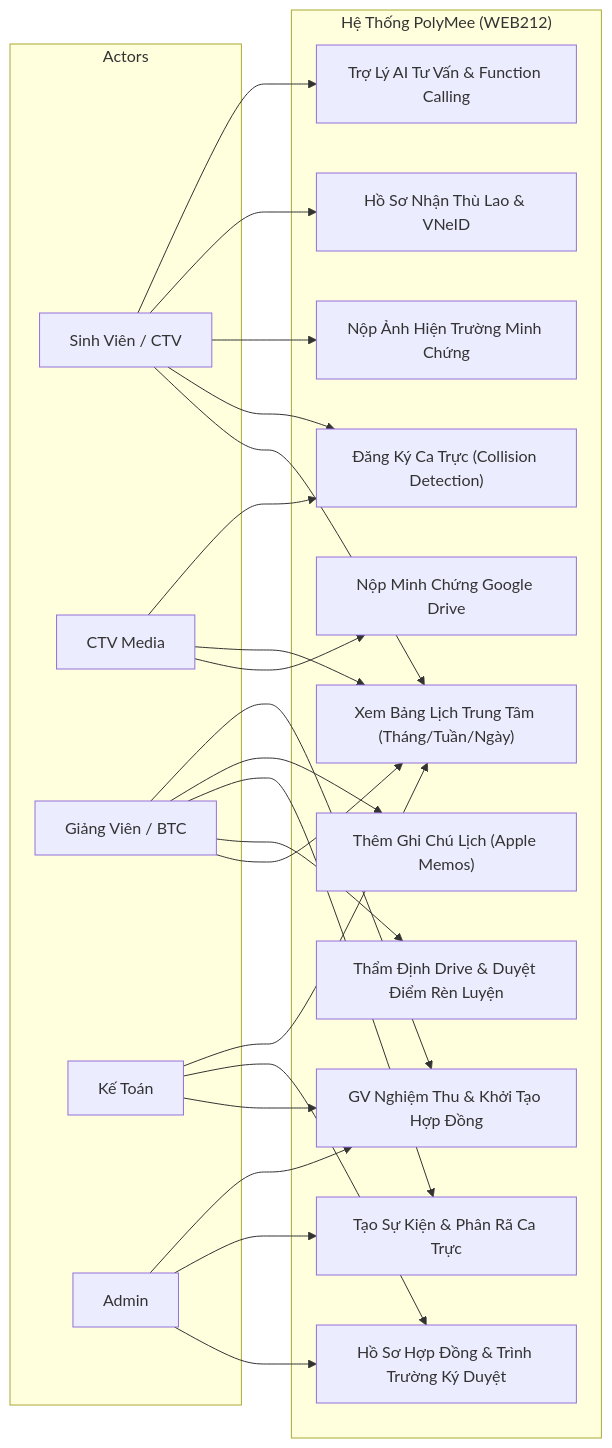
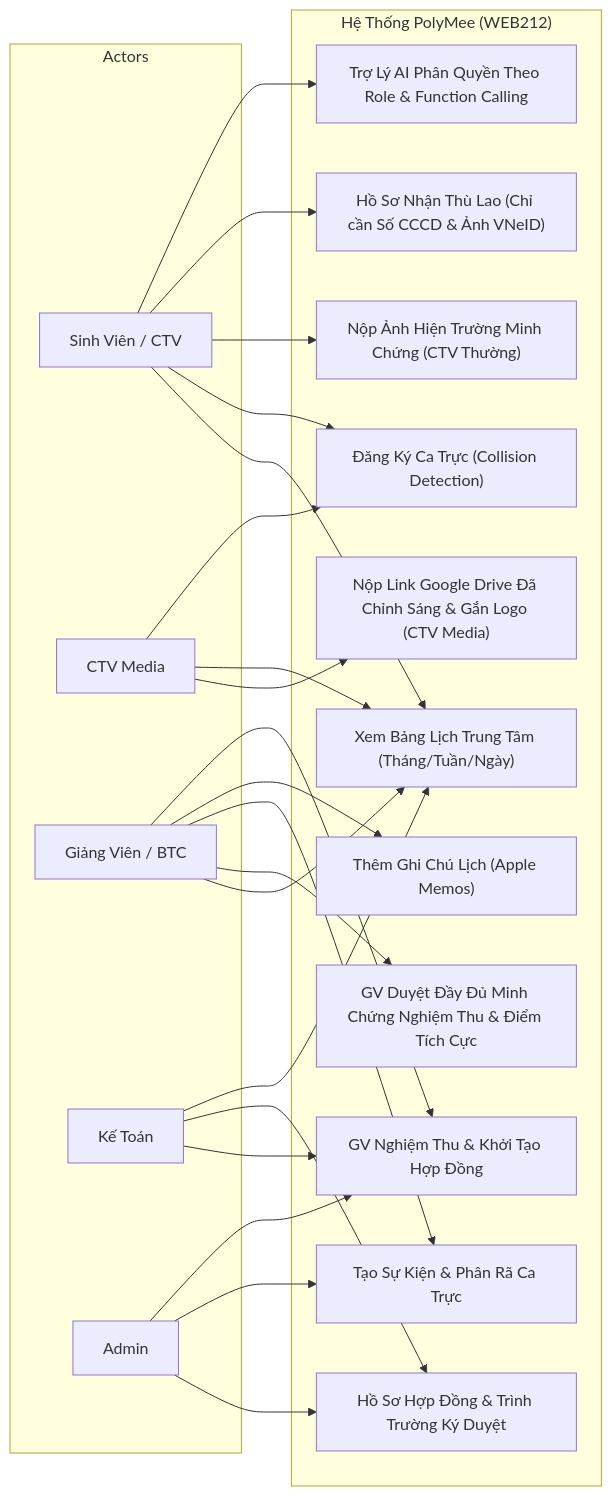
One commit to dddinhanh/polymee changed the second of 3 diagrams in README.md. Above: the diagram before and after it, drawn with Mermaid. The commit also changed other lines of this file and 4 other files, not shown here.

````diff
--- a/README.md
+++ b/README.md
@@ -99,48 +99,48 @@
 ```mermaid
 flowchart LR
     subgraph Actors
         ST["Sinh Viên / CTV"]
         MED["CTV Media"]
         ORG["Giảng Viên / BTC"]
         ACC["Kế Toán"]
         ADM["Admin"]
     end
 
     subgraph "Hệ Thống PolyMee (WEB212)"
         UC1["Xem Bảng Lịch Trung Tâm (Tháng/Tuần/Ngày)"]
         UC2["Đăng Ký Ca Trực (Collision Detection)"]
-        UC3["Nộp Ảnh Hiện Trường Minh Chứng"]
-        UC4["Hồ Sơ Nhận Thù Lao & VNeID"]
-        UC5["Nộp Minh Chứng Google Drive"]
-        UC6["Thẩm Định Drive & Duyệt Điểm Rèn Luyện"]
+        UC3["Nộp Ảnh Hiện Trường Minh Chứng (CTV Thường)"]
+        UC4["Hồ Sơ Nhận Thù Lao (Chỉ cần Số CCCD & Ảnh VNeID)"]
+        UC5["Nộp Link Google Drive Đã Chỉnh Sáng & Gắn Logo (CTV Media)"]
+        UC6["GV Duyệt Đầy Đủ Minh Chứng Nghiệm Thu & Điểm Tích Cực"]
         UC7["Tạo Sự Kiện & Phân Rã Ca Trực"]
         UC8["Thêm Ghi Chú Lịch (Apple Memos)"]
         UC9["GV Nghiệm Thu & Khởi Tạo Hợp Đồng"]
-        UC10["Trợ Lý AI Tư Vấn & Function Calling"]
+        UC10["Trợ Lý AI Phân Quyền Theo Role & Function Calling"]
         UC11["Hồ Sơ Hợp Đồng & Trình Trường Ký Duyệt"]
     end
 
     ST --> UC1
     ST --> UC2
     ST --> UC3
     ST --> UC4
     ST --> UC10
 
     MED --> UC5
     MED --> UC1
     MED --> UC2
 
     ORG --> UC1
     ORG --> UC6
     ORG --> UC7
     ORG --> UC8
     ORG --> UC9
 
     ACC --> UC9
     ACC --> UC11
     ACC --> UC1
 
     ADM --> UC11
     ADM --> UC7
     ADM --> UC9
 ```
````
